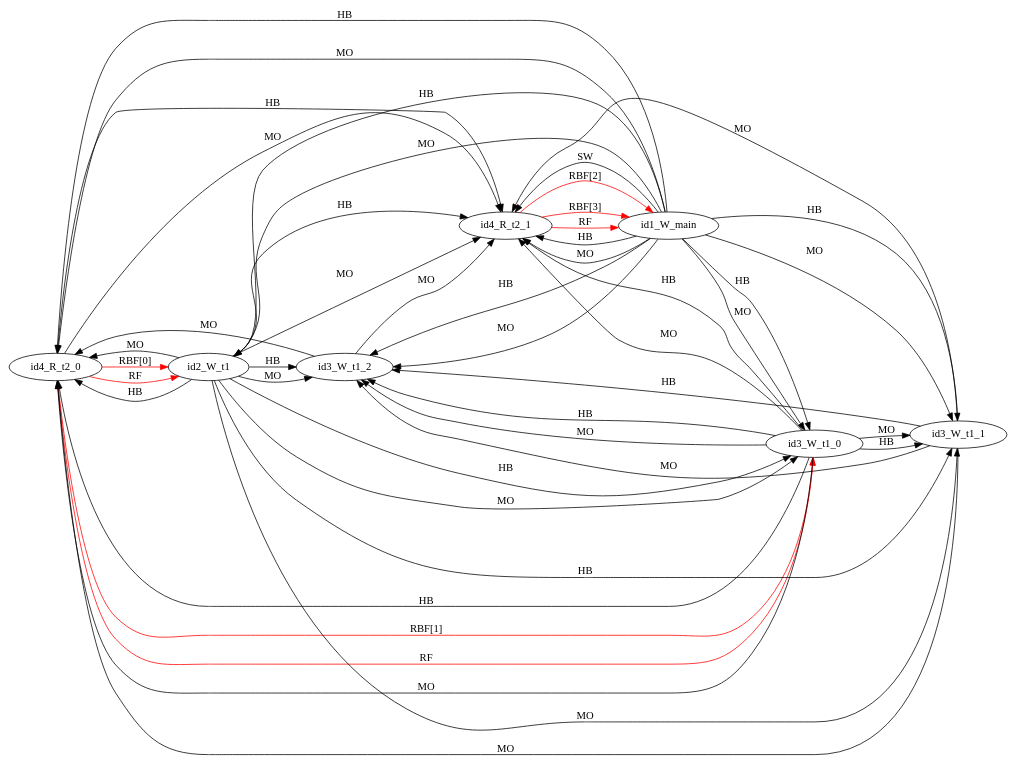
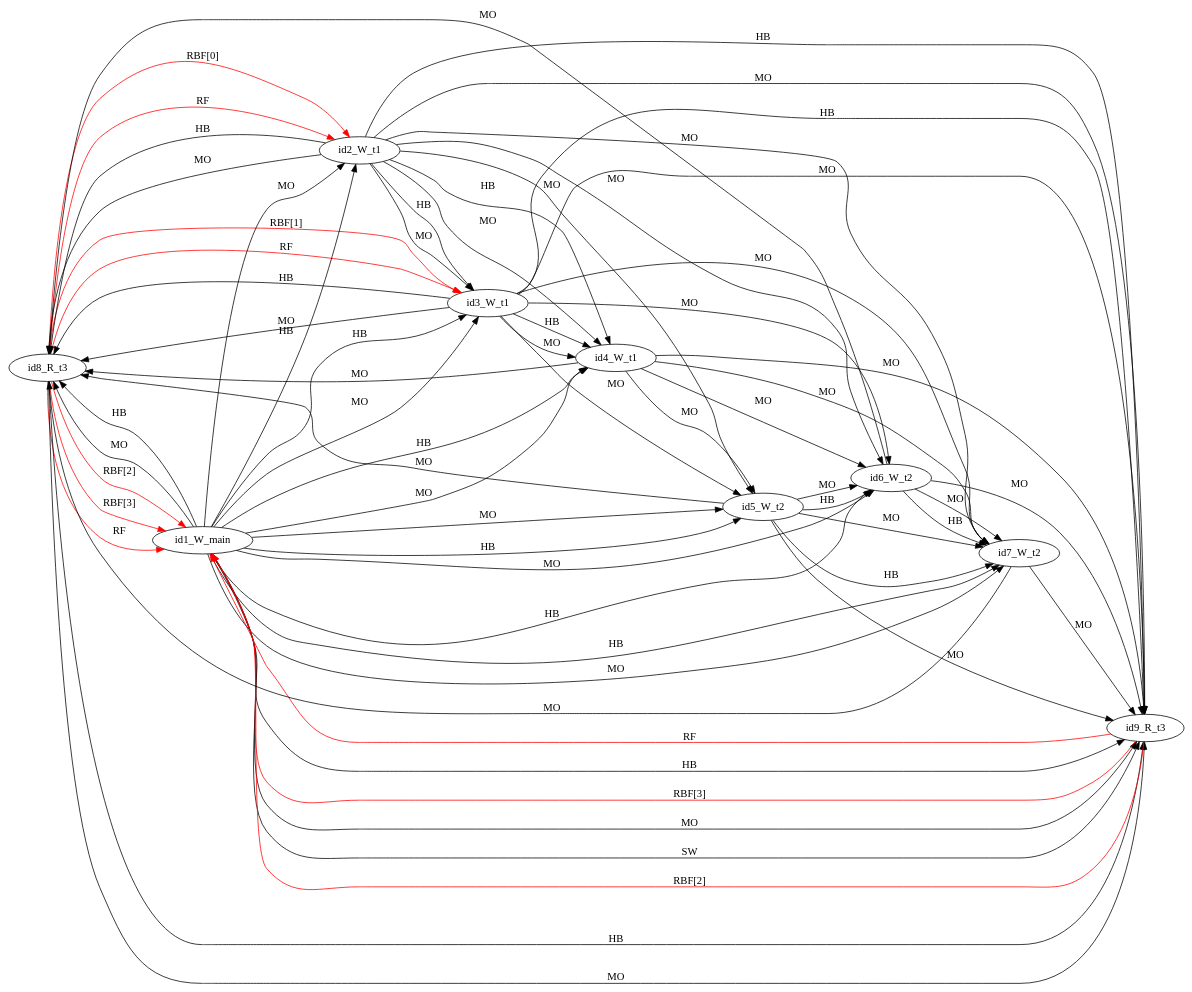
Before and after one commit to FMJS/EMME: the diagram in examples/single_var/sv_simple19/mm3.dot, drawn with Graphviz. The commit also changed 357 other files, not shown here.

```diff
--- a/examples/single_var/sv_simple19/mm3.dot
+++ b/examples/single_var/sv_simple19/mm3.dot
@@ -1,49 +1,69 @@
 digraph memory_model {
 rankdir=LR;
-id4_R_t2_0 -> id2_W_t1 [label = "RBF[0]", color="red"];
-id4_R_t2_0 -> id3_W_t1_0 [label = "RBF[1]", color="red"];
-id4_R_t2_1 -> id1_W_main [label = "RBF[2]", color="red"];
-id4_R_t2_1 -> id1_W_main [label = "RBF[3]", color="red"];
-id4_R_t2_0 -> id2_W_t1 [label = "RF", color="red"];
-id4_R_t2_0 -> id3_W_t1_0 [label = "RF", color="red"];
-id4_R_t2_1 -> id1_W_main [label = "RF", color="red"];
-id2_W_t1 -> id3_W_t1_0 [label = "HB", color="black"];
-id2_W_t1 -> id3_W_t1_1 [label = "HB", color="black"];
-id2_W_t1 -> id3_W_t1_2 [label = "HB", color="black"];
-id3_W_t1_0 -> id3_W_t1_1 [label = "HB", color="black"];
-id3_W_t1_0 -> id3_W_t1_2 [label = "HB", color="black"];
-id3_W_t1_1 -> id3_W_t1_2 [label = "HB", color="black"];
-id4_R_t2_0 -> id4_R_t2_1 [label = "HB", color="black"];
+id8_R_t3 -> id1_W_main [label = "RBF[2]", color="red"];
+id8_R_t3 -> id1_W_main [label = "RBF[3]", color="red"];
+id8_R_t3 -> id2_W_t1 [label = "RBF[0]", color="red"];
+id8_R_t3 -> id3_W_t1 [label = "RBF[1]", color="red"];
+id9_R_t3 -> id1_W_main [label = "RBF[2]", color="red"];
+id9_R_t3 -> id1_W_main [label = "RBF[3]", color="red"];
+id8_R_t3 -> id1_W_main [label = "RF", color="red"];
+id8_R_t3 -> id2_W_t1 [label = "RF", color="red"];
+id8_R_t3 -> id3_W_t1 [label = "RF", color="red"];
+id9_R_t3 -> id1_W_main [label = "RF", color="red"];
+id2_W_t1 -> id3_W_t1 [label = "HB", color="black"];
+id2_W_t1 -> id4_W_t1 [label = "HB", color="black"];
+id3_W_t1 -> id4_W_t1 [label = "HB", color="black"];
+id5_W_t2 -> id6_W_t2 [label = "HB", color="black"];
+id5_W_t2 -> id7_W_t2 [label = "HB", color="black"];
+id6_W_t2 -> id7_W_t2 [label = "HB", color="black"];
+id8_R_t3 -> id9_R_t3 [label = "HB", color="black"];
 id1_W_main -> id2_W_t1 [label = "HB", color="black"];
-id1_W_main -> id3_W_t1_0 [label = "HB", color="black"];
-id1_W_main -> id3_W_t1_1 [label = "HB", color="black"];
-id1_W_main -> id3_W_t1_2 [label = "HB", color="black"];
-id1_W_main -> id4_R_t2_0 [label = "HB", color="black"];
-id1_W_main -> id4_R_t2_1 [label = "HB", color="black"];
-id2_W_t1 -> id4_R_t2_0 [label = "HB", color="black"];
-id2_W_t1 -> id4_R_t2_1 [label = "HB", color="black"];
-id3_W_t1_0 -> id4_R_t2_0 [label = "HB", color="black"];
-id3_W_t1_0 -> id4_R_t2_1 [label = "HB", color="black"];
-id2_W_t1 -> id3_W_t1_0 [label = "MO", color="black"];
-id2_W_t1 -> id3_W_t1_1 [label = "MO", color="black"];
-id2_W_t1 -> id3_W_t1_2 [label = "MO", color="black"];
-id3_W_t1_0 -> id3_W_t1_1 [label = "MO", color="black"];
-id3_W_t1_0 -> id3_W_t1_2 [label = "MO", color="black"];
-id3_W_t1_1 -> id3_W_t1_2 [label = "MO", color="black"];
-id4_R_t2_0 -> id4_R_t2_1 [label = "MO", color="black"];
+id1_W_main -> id3_W_t1 [label = "HB", color="black"];
+id1_W_main -> id4_W_t1 [label = "HB", color="black"];
+id1_W_main -> id5_W_t2 [label = "HB", color="black"];
+id1_W_main -> id6_W_t2 [label = "HB", color="black"];
+id1_W_main -> id7_W_t2 [label = "HB", color="black"];
+id1_W_main -> id8_R_t3 [label = "HB", color="black"];
+id1_W_main -> id9_R_t3 [label = "HB", color="black"];
+id2_W_t1 -> id8_R_t3 [label = "HB", color="black"];
+id2_W_t1 -> id9_R_t3 [label = "HB", color="black"];
+id3_W_t1 -> id8_R_t3 [label = "HB", color="black"];
+id3_W_t1 -> id9_R_t3 [label = "HB", color="black"];
+id2_W_t1 -> id3_W_t1 [label = "MO", color="black"];
+id2_W_t1 -> id4_W_t1 [label = "MO", color="black"];
+id3_W_t1 -> id4_W_t1 [label = "MO", color="black"];
+id5_W_t2 -> id6_W_t2 [label = "MO", color="black"];
+id5_W_t2 -> id7_W_t2 [label = "MO", color="black"];
+id6_W_t2 -> id7_W_t2 [label = "MO", color="black"];
+id8_R_t3 -> id9_R_t3 [label = "MO", color="black"];
 id1_W_main -> id2_W_t1 [label = "MO", color="black"];
-id1_W_main -> id3_W_t1_0 [label = "MO", color="black"];
-id1_W_main -> id3_W_t1_1 [label = "MO", color="black"];
-id1_W_main -> id3_W_t1_2 [label = "MO", color="black"];
-id1_W_main -> id4_R_t2_0 [label = "MO", color="black"];
-id1_W_main -> id4_R_t2_1 [label = "MO", color="black"];
-id2_W_t1 -> id4_R_t2_0 [label = "MO", color="black"];
-id2_W_t1 -> id4_R_t2_1 [label = "MO", color="black"];
-id3_W_t1_0 -> id4_R_t2_0 [label = "MO", color="black"];
-id3_W_t1_0 -> id4_R_t2_1 [label = "MO", color="black"];
-id3_W_t1_1 -> id4_R_t2_0 [label = "MO", color="black"];
-id3_W_t1_1 -> id4_R_t2_1 [label = "MO", color="black"];
-id3_W_t1_2 -> id4_R_t2_0 [label = "MO", color="black"];
-id3_W_t1_2 -> id4_R_t2_1 [label = "MO", color="black"];
-id1_W_main -> id4_R_t2_1 [label = "SW", color="black"];
+id1_W_main -> id3_W_t1 [label = "MO", color="black"];
+id1_W_main -> id4_W_t1 [label = "MO", color="black"];
+id1_W_main -> id5_W_t2 [label = "MO", color="black"];
+id1_W_main -> id6_W_t2 [label = "MO", color="black"];
+id1_W_main -> id7_W_t2 [label = "MO", color="black"];
+id1_W_main -> id8_R_t3 [label = "MO", color="black"];
+id1_W_main -> id9_R_t3 [label = "MO", color="black"];
+id2_W_t1 -> id5_W_t2 [label = "MO", color="black"];
+id2_W_t1 -> id6_W_t2 [label = "MO", color="black"];
+id2_W_t1 -> id7_W_t2 [label = "MO", color="black"];
+id2_W_t1 -> id8_R_t3 [label = "MO", color="black"];
+id2_W_t1 -> id9_R_t3 [label = "MO", color="black"];
+id3_W_t1 -> id5_W_t2 [label = "MO", color="black"];
+id3_W_t1 -> id6_W_t2 [label = "MO", color="black"];
+id3_W_t1 -> id7_W_t2 [label = "MO", color="black"];
+id3_W_t1 -> id8_R_t3 [label = "MO", color="black"];
+id3_W_t1 -> id9_R_t3 [label = "MO", color="black"];
+id4_W_t1 -> id5_W_t2 [label = "MO", color="black"];
+id4_W_t1 -> id6_W_t2 [label = "MO", color="black"];
+id4_W_t1 -> id7_W_t2 [label = "MO", color="black"];
+id4_W_t1 -> id8_R_t3 [label = "MO", color="black"];
+id4_W_t1 -> id9_R_t3 [label = "MO", color="black"];
+id5_W_t2 -> id8_R_t3 [label = "MO", color="black"];
+id5_W_t2 -> id9_R_t3 [label = "MO", color="black"];
+id6_W_t2 -> id8_R_t3 [label = "MO", color="black"];
+id6_W_t2 -> id9_R_t3 [label = "MO", color="black"];
+id7_W_t2 -> id8_R_t3 [label = "MO", color="black"];
+id7_W_t2 -> id9_R_t3 [label = "MO", color="black"];
+id1_W_main -> id9_R_t3 [label = "SW", color="black"];
 }
```
